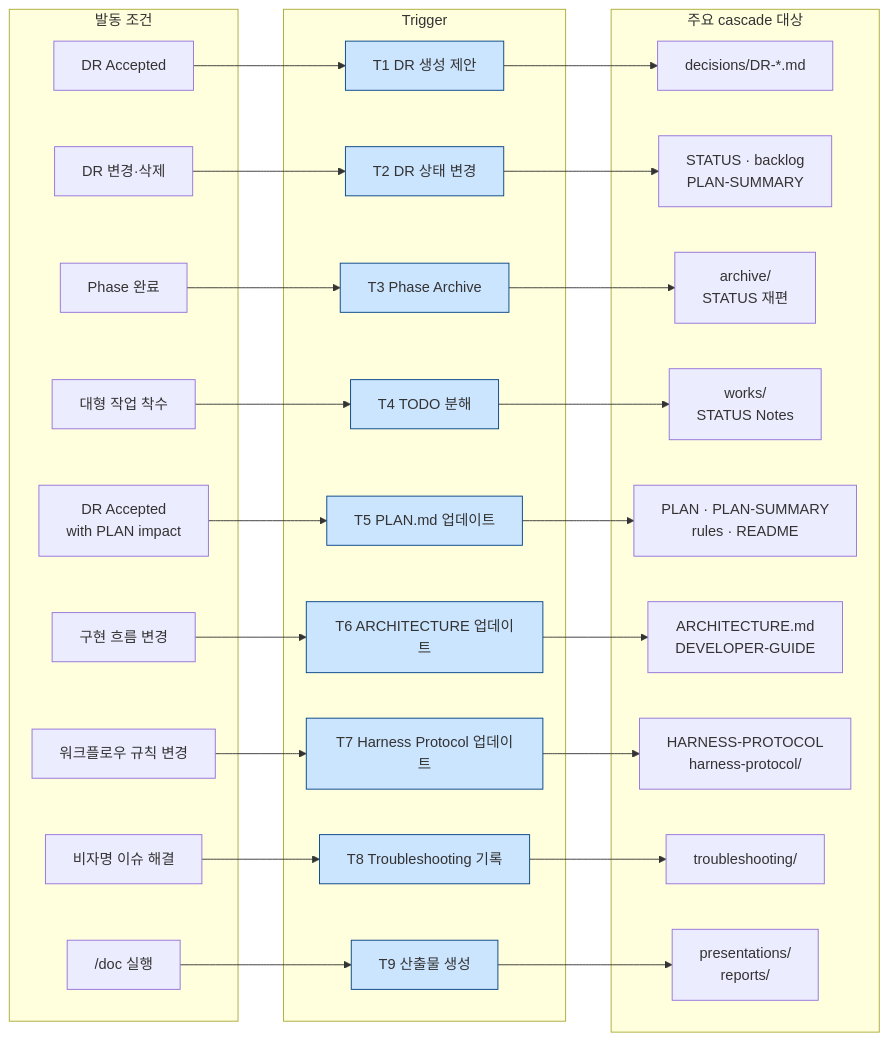
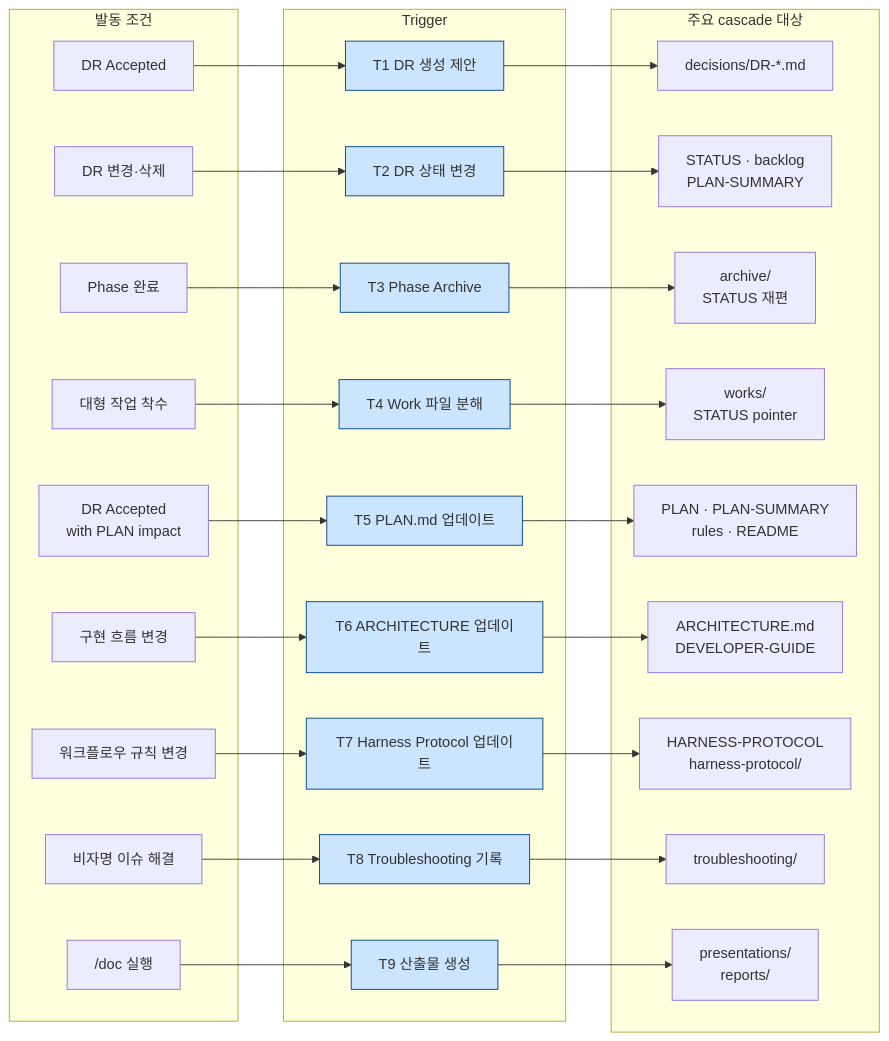
Before and after one commit to kyungseo/ai-workflow-harness: diagram 13 of 13 in docs/WORKFLOW-MANUAL.md, drawn with Mermaid. The commit also changed other lines of this file and 46 other files, not shown here.

````diff
--- a/docs/WORKFLOW-MANUAL.md
+++ b/docs/WORKFLOW-MANUAL.md
@@ -935,68 +964,68 @@
 ```mermaid
 flowchart LR
     subgraph EVENTS ["발동 조건"]
         E1["DR Accepted"]
         E1P["DR Accepted\nwith PLAN impact"]
         E2["DR 변경·삭제"]
         E3["Phase 완료"]
         E4["대형 작업 착수"]
         E5["구현 흐름 변경"]
         E6["워크플로우 규칙 변경"]
         E7["비자명 이슈 해결"]
         E8["/doc 실행"]
     end
 
     subgraph TRIGS ["Trigger"]
         T1["T1 DR 생성 제안"]
         T2["T2 DR 상태 변경"]
         T3["T3 Phase Archive"]
-        T4["T4 TODO 분해"]
+        T4["T4 Work 파일 분해"]
         T5["T5 PLAN.md 업데이트"]
         T6["T6 ARCHITECTURE 업데이트"]
         T7["T7 Harness Protocol 업데이트"]
         T8["T8 Troubleshooting 기록"]
         T9["T9 산출물 생성"]
     end
 
     subgraph CASCADE ["주요 cascade 대상"]
         C1["decisions/DR-*.md"]
         C2["STATUS · backlog\nPLAN-SUMMARY"]
         C3["archive/\nSTATUS 재편"]
-        C4["works/\nSTATUS Notes"]
+        C4["works/\nSTATUS pointer"]
         C5["PLAN · PLAN-SUMMARY\nrules · README"]
         C6["ARCHITECTURE.md\nDEVELOPER-GUIDE"]
         C7["HARNESS-PROTOCOL\nharness-protocol/"]
         C8["troubleshooting/"]
         C9["presentations/\nreports/"]
     end
 
     E1 --> T1
     E1P --> T5
     E2 --> T2
     E3 --> T3
     E4 --> T4
     E5 --> T6
     E6 --> T7
     E7 --> T8
     E8 --> T9
 
     T1 --> C1
     T2 --> C2
     T3 --> C3
     T4 --> C4
     T5 --> C5
     T6 --> C6
     T7 --> C7
     T8 --> C8
     T9 --> C9
 
     style T1 fill:#cce5ff,stroke:#004085
     style T2 fill:#cce5ff,stroke:#004085
     style T3 fill:#cce5ff,stroke:#004085
     style T4 fill:#cce5ff,stroke:#004085
     style T5 fill:#cce5ff,stroke:#004085
     style T6 fill:#cce5ff,stroke:#004085
     style T7 fill:#cce5ff,stroke:#004085
     style T8 fill:#cce5ff,stroke:#004085
     style T9 fill:#cce5ff,stroke:#004085
 ```
````
